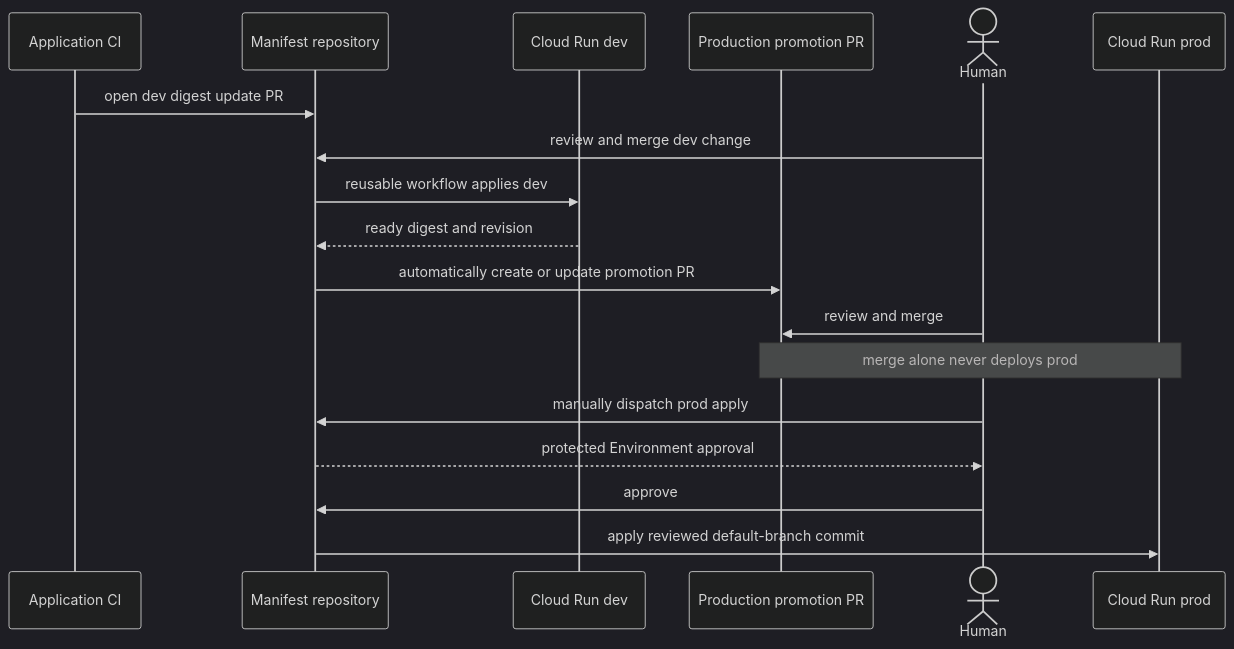
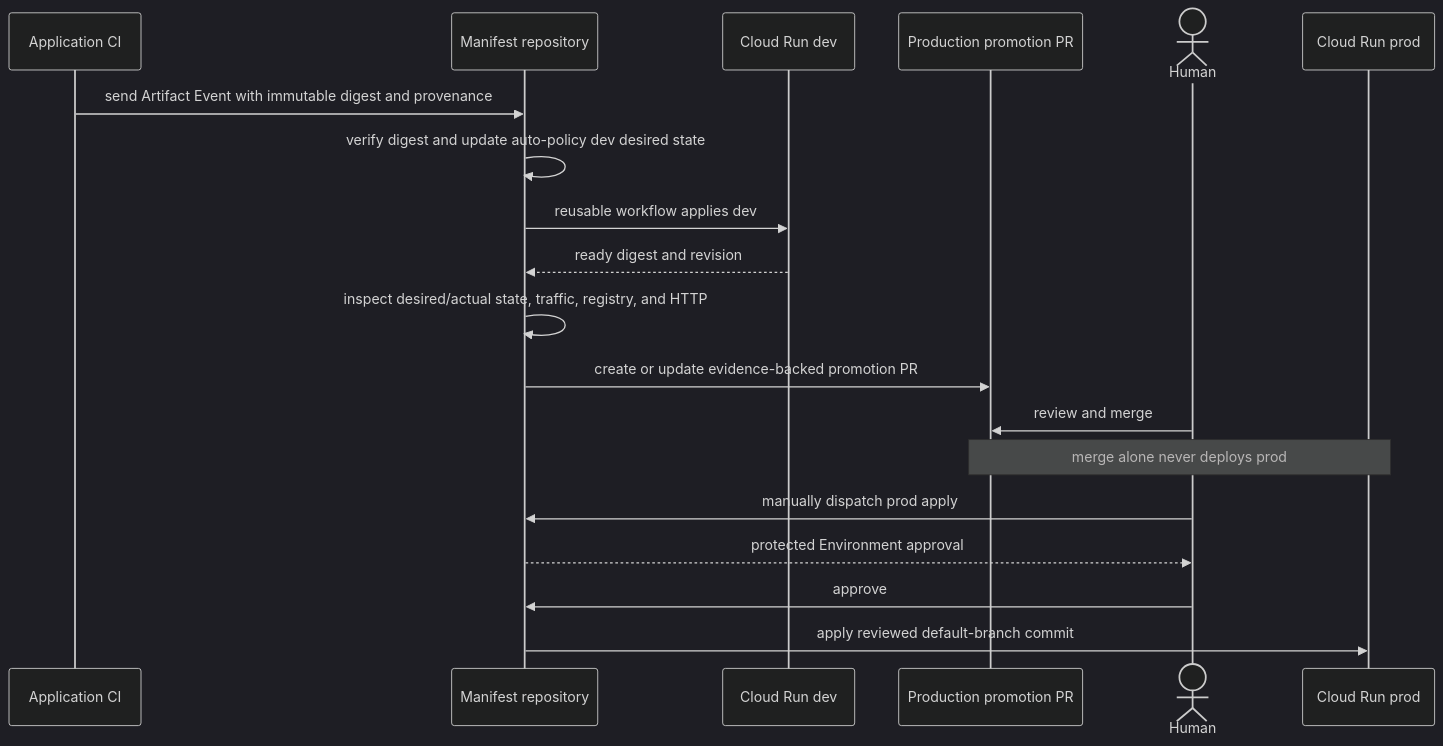
One commit to Retr0413/wataridori changed the fifth of 8 diagrams in docs/system-flow.md. Above: the diagram before and after it, drawn with Mermaid (dark theme). The commit also changed other lines of this file and 31 other files, not shown here.

Commit message:
feat: add evidence-gated artifact promotion

````diff
--- a/docs/system-flow.md
+++ b/docs/system-flow.md
@@ -118,21 +124,22 @@
 ```mermaid
 sequenceDiagram
     participant CI as Application CI
     participant Git as Manifest repository
     participant Dev as Cloud Run dev
     participant PR as Production promotion PR
     actor Human
     participant Prod as Cloud Run prod
 
-    CI->>Git: open dev digest update PR
-    Human->>Git: review and merge dev change
+    CI->>Git: send Artifact Event with immutable digest and provenance
+    Git->>Git: verify digest and update auto-policy dev desired state
     Git->>Dev: reusable workflow applies dev
     Dev-->>Git: ready digest and revision
-    Git->>PR: automatically create or update promotion PR
+    Git->>Git: inspect desired/actual state, traffic, registry, and HTTP
+    Git->>PR: create or update evidence-backed promotion PR
     Human->>PR: review and merge
     Note over PR,Prod: merge alone never deploys prod
     Human->>Git: manually dispatch prod apply
     Git-->>Human: protected Environment approval
     Human->>Git: approve
     Git->>Prod: apply reviewed default-branch commit
 ```
````
